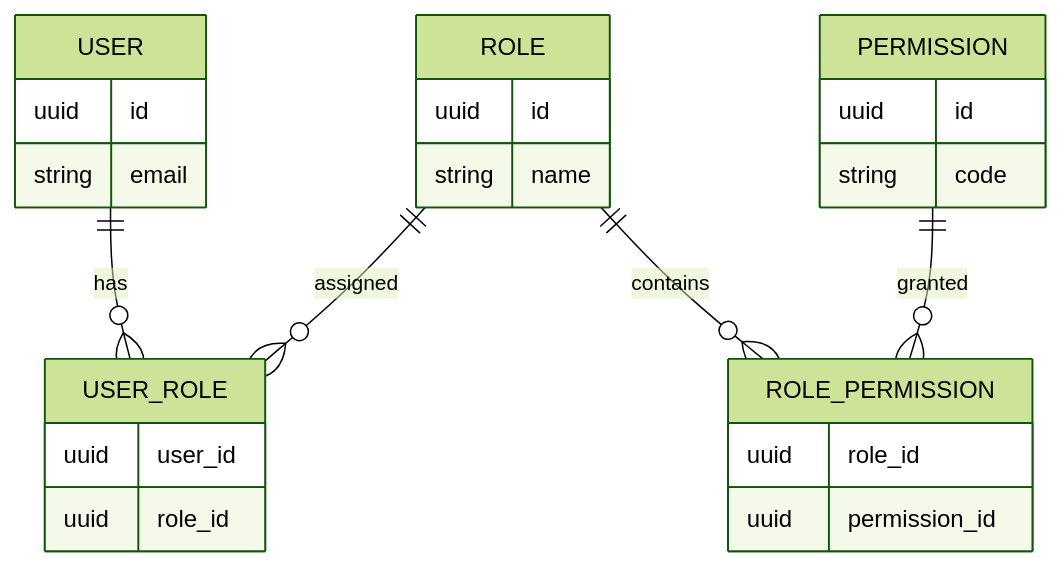
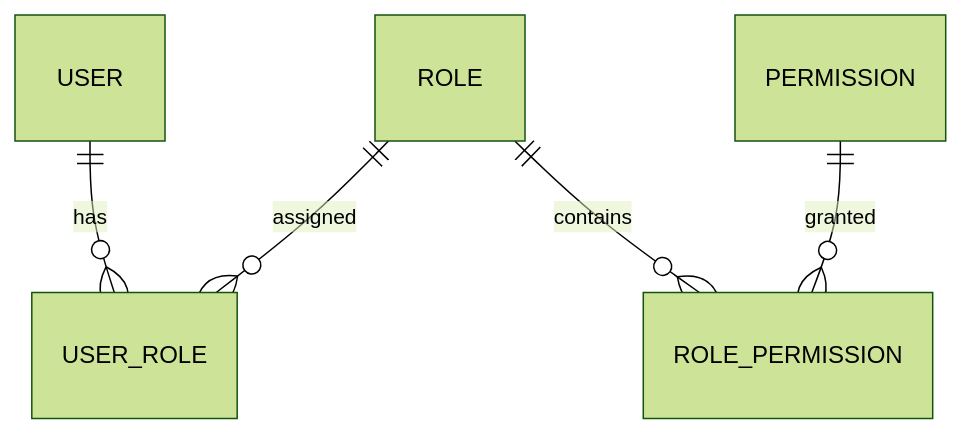
One commit to AvadhBhalodiya/Interview-Preparation changed the eighth of 9 diagrams in src/content/security/rbac-vs-abac.md. Above: the diagram before and after it, drawn with Mermaid (forest theme). The commit also changed other lines of this file and 54 other files, not shown here.

````diff
--- a/src/content/security/rbac-vs-abac.md
+++ b/src/content/security/rbac-vs-abac.md
@@ -650,32 +557,7 @@
 ```mermaid
 erDiagram
     USER ||--o{ USER_ROLE : has
     ROLE ||--o{ USER_ROLE : assigned
     ROLE ||--o{ ROLE_PERMISSION : contains
     PERMISSION ||--o{ ROLE_PERMISSION : granted
-
-    USER {
-        uuid id
-        string email
-    }
-
-    ROLE {
-        uuid id
-        string name
-    }
-
-    PERMISSION {
-        uuid id
-        string code
-    }
-
-    USER_ROLE {
-        uuid user_id
-        uuid role_id
-    }
-
-    ROLE_PERMISSION {
-        uuid role_id
-        uuid permission_id
-    }
 ```
````
